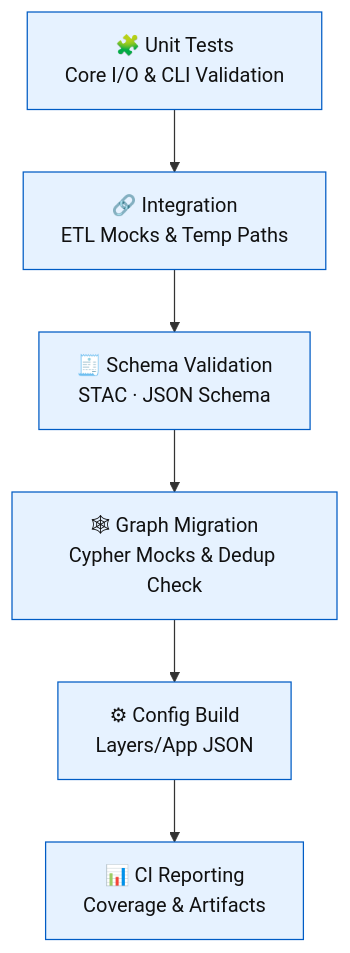
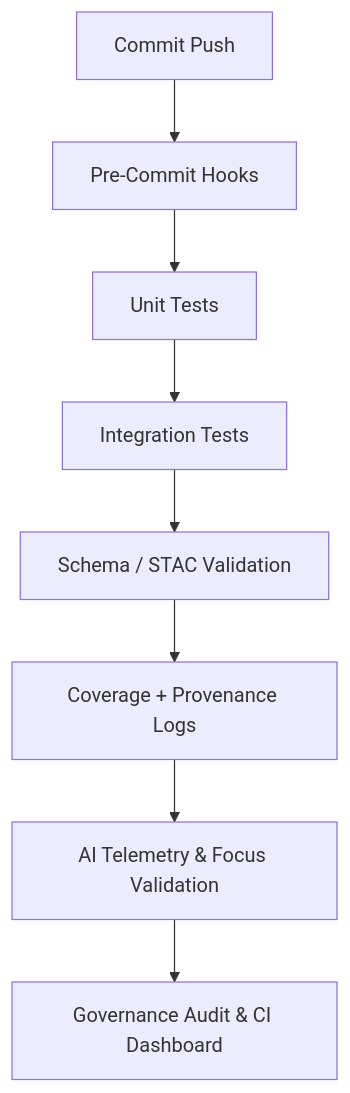
Before and after one commit to bartytime4life/Kansas-Frontier-Matrix: the diagram in tests/README.md, drawn with Mermaid. The commit also changed other lines of this file, not shown here.

````diff
--- a/tests/README.md
+++ b/tests/README.md
@@ -90,10 +63,10 @@
 ```mermaid
-flowchart TD
-  A["🧩 Unit Tests<br/>Core I/O & CLI Validation"] --> B["🔗 Integration<br/>ETL Mocks & Temp Paths"]
-  B --> C["🧾 Schema Validation<br/>STAC · JSON Schema"]
-  C --> D["🕸 Graph Migration<br/>Cypher Mocks & Dedup Check"]
-  D --> E["⚙ Config Build<br/>Layers/App JSON"]
-  E --> F["📊 CI Reporting<br/>Coverage & Artifacts"]
-  classDef step fill:#e6f2ff,stroke:#005cc5,color:#111;
-  class A,B,C,D,E,F step;
+graph TD
+A[Commit Push] --> B[Pre-Commit Hooks]
+B --> C[Unit Tests]
+C --> D[Integration Tests]
+D --> E[Schema / STAC Validation]
+E --> F[Coverage + Provenance Logs]
+F --> G[AI Telemetry & Focus Validation]
+G --> H[Governance Audit & CI Dashboard]
 ```
````
